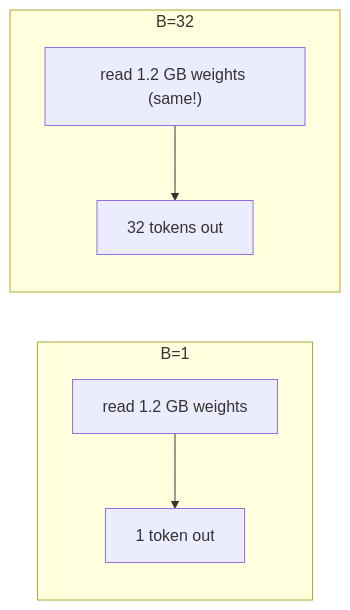
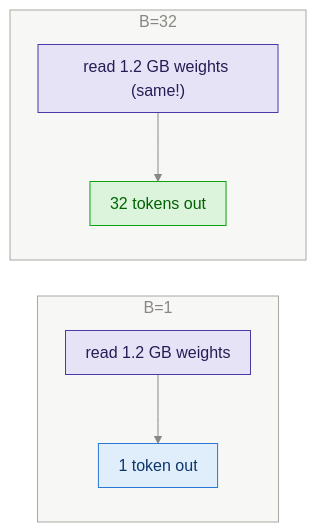
Before and after one commit to sudhanshu-shivam-dev/reasoning_model_from_scratch: the third of 4 diagrams in study_guide/appendix_kv_cache_batching.md, drawn with Mermaid. The commit also changed other lines of this file and 14 other files, not shown here.

First line of the commit message:
Restyle all 54 diagrams: consistent palette, semantic colors, better spacing

````diff
--- a/study_guide/appendix_kv_cache_batching.md
+++ b/study_guide/appendix_kv_cache_batching.md
@@ -100,9 +104,14 @@
 ```mermaid
+%%{init: {"theme":"base","themeVariables":{"primaryColor":"#e0edfb","primaryTextColor":"#0d366b","primaryBorderColor":"#2a78d6","lineColor":"#898781","textColor":"#52514e","edgeLabelBackground":"#f0efec","clusterBkg":"rgba(137,135,129,0.07)","clusterBorder":"#a9a7a0","titleColor":"#898781"},"flowchart":{"nodeSpacing":36,"rankSpacing":44,"curve":"basis","padding":10}}}%%
 flowchart LR
     subgraph SOLO["B=1"]
         W1["read 1.2 GB weights"] --> O1["1 token out"]
     end
     subgraph BATCH["B=32"]
         W2["read 1.2 GB weights (same!)"] --> O2["32 tokens out"]
     end
+    classDef model fill:#e6e3f7,stroke:#4a3aa7,color:#251d54
+    classDef good fill:#dcf3dc,stroke:#0ca30c,color:#006300
+    class W1,W2 model
+    class O2 good
 ```
````
